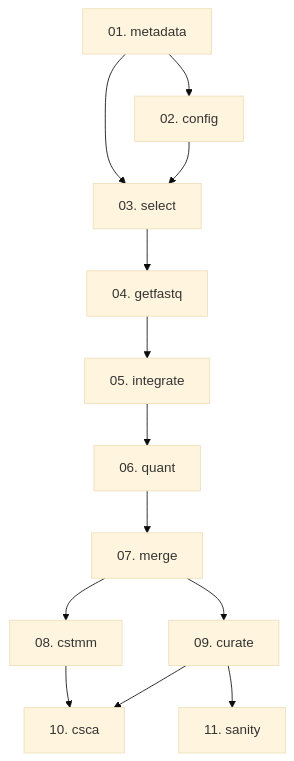
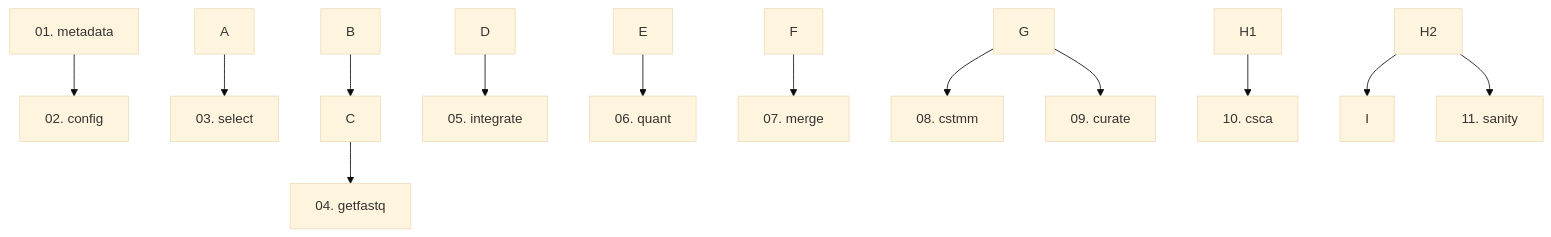
The diagram in docs/rna/amalgkit/steps/README.md (docxology/MetaInformAnt), drawn with Mermaid (base theme) before and after one commit. The commit also changed 611 other files, not shown here.

````diff
--- a/docs/rna/amalgkit/steps/README.md
+++ b/docs/rna/amalgkit/steps/README.md
@@ -258,15 +258,15 @@
 ```mermaid
 flowchart TD
-    A[01. metadata] --> B[02. config]
-    A --> C[03. select]
+    A01.Metadata[01. metadata] --> B02.Config[02. config]
+    A --> C03.Select[03. select]
     B --> C
-    C --> D[04. getfastq]
-    D --> E[05. integrate]
-    E --> F[06. quant]
-    F --> G[07. merge]
-    G --> H1[08. cstmm]
-    G --> H2[09. curate]
-    H1 --> I[10. csca]
+    C --> D04.Getfastq[04. getfastq]
+    D --> E05.Integrate[05. integrate]
+    E --> F06.Quant[06. quant]
+    F --> G07.Merge[07. merge]
+    G --> H108.Cstmm[08. cstmm]
+    G --> H209.Curate[09. curate]
+    H1 --> I10.Csca[10. csca]
     H2 --> I
-    H2 --> J[11. sanity]
+    H2 --> J11.Sanity[11. sanity]
 ```
````
